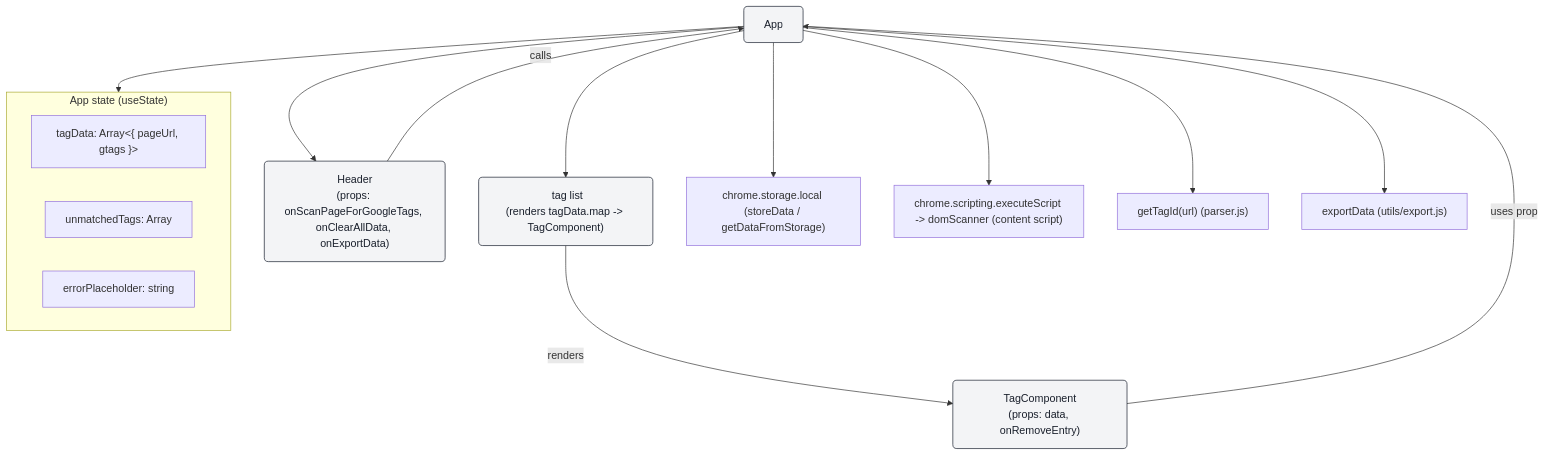
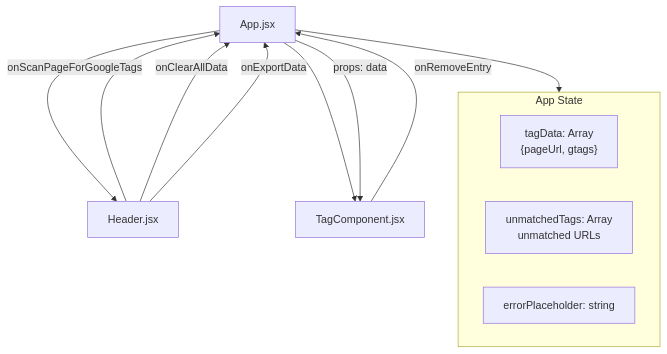
Before and after one commit to seancvr/tag_finder: the second of 2 diagrams in README.md, drawn with Mermaid. The commit also changed other lines of this file and 2 other files, not shown here.

Commit message:
updated readme and architecture diagrams

````diff
--- a/README.md
+++ b/README.md
@@ -33,35 +61,24 @@
 ```mermaid
 flowchart TD
-  %% Component tree and state hierarchy for tag_finder React app
-  App["App"]:::component
+    App["App.jsx"]
 
-  subgraph AppState["App state (useState)"]
-    tagData["tagData: Array<{ pageUrl, gtags }>"]
-    unmatchedTags["unmatchedTags: Array<string>"]
-    errorPlaceholder["errorPlaceholder: string"]
-  end
+    subgraph AppState["App State"]
+        tagData["tagData: Array<br/>{pageUrl, gtags}"]
+        unmatchedTags["unmatchedTags: Array<br/>unmatched URLs"]
+        errorPlaceholder["errorPlaceholder: string"]
+    end
 
-  Header["Header\n(props: onScanPageForGoogleTags, onClearAllData, onExportData)"]:::component
-  TagList["<main> tag list\n(renders tagData.map -> TagComponent)"]:::component
-  TagComponent["TagComponent\n(props: data, onRemoveEntry)"]:::component
+    Header["Header.jsx"]
+    TagComponent["TagComponent.jsx"]
 
-  App --> AppState
-  App --> Header
-  App --> TagList
-  TagList -->|renders| TagComponent
-  Header -- calls --> App
-  TagComponent -- uses prop --> App
+    App --> AppState
+    App --> Header
+    App --> TagComponent
 
-  %% External services and utils
-  Storage["chrome.storage.local (storeData / getDataFromStorage)"]
-  Scripting["chrome.scripting.executeScript -> domScanner (content script)"]
-  Parser["getTagId(url) (parser.js)"]
-  Exporter["exportData (utils/export.js)"]
+    Header -->|onScanPageForGoogleTags| App
+    Header -->|onClearAllData| App
+    Header -->|onExportData| App
 
-  App --> Storage
-  App --> Scripting
-  App --> Parser
-  App --> Exporter
-
-  classDef component fill:#f3f4f6,stroke:#111827,stroke-width:1px,rx:6,ry:6,color:#1a202c
+    TagComponent -->|onRemoveEntry| App
+    App -->|props: data| TagComponent
 ```
````
